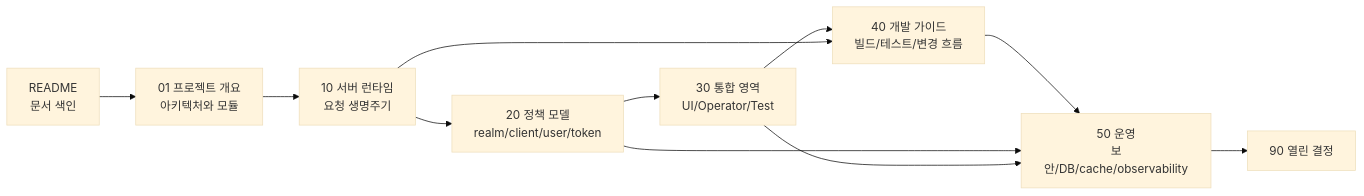
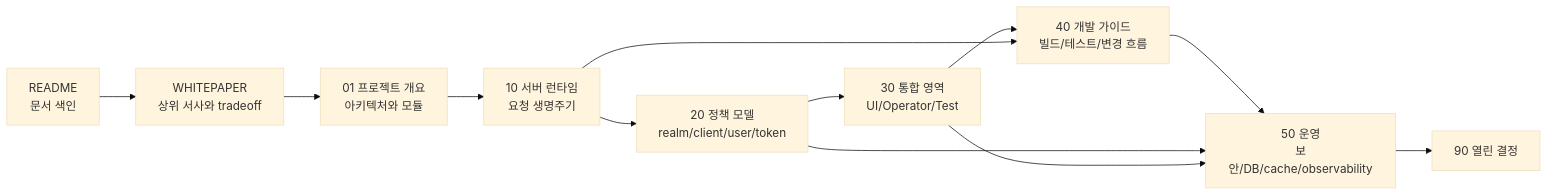
Before and after one commit to dhs-shine/keycloak: the second of 2 diagrams in docs/custom/README.md, drawn with Mermaid (base theme). The commit also changed other lines of this file and 12 other files, not shown here.

````diff
--- a/docs/custom/README.md
+++ b/docs/custom/README.md
@@ -137,13 +158,14 @@
 ```mermaid
 flowchart LR
-  R["README<br/>문서 색인"] --> F["01 프로젝트 개요<br/>아키텍처와 모듈"]
+  R["README<br/>문서 색인"] --> W["WHITEPAPER<br/>상위 서사와 tradeoff"]
+  W --> F["01 프로젝트 개요<br/>아키텍처와 모듈"]
   F --> A["10 서버 런타임<br/>요청 생명주기"]
   A --> P["20 정책 모델<br/>realm/client/user/token"]
   P --> I["30 통합 영역<br/>UI/Operator/Test"]
   I --> D["40 개발 가이드<br/>빌드/테스트/변경 흐름"]
   D --> O["50 운영<br/>보안/DB/cache/observability"]
   O --> X["90 열린 결정"]
   A --> D
   P --> O
   I --> O
 ```
````
